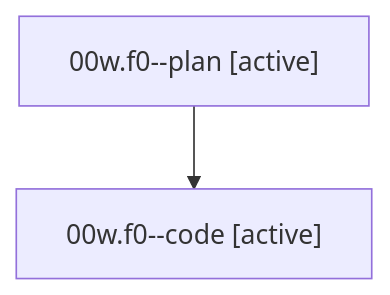
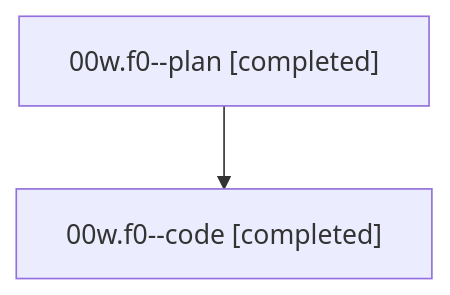
The diagram in families/bbugyi200.athena.00w.f0.md (bobs-org/bob-cli--agents), drawn with Mermaid before and after one commit. The commit also changed other lines of this file and 41 other files, not shown here.

````diff
--- a/families/bbugyi200.athena.00w.f0.md
+++ b/families/bbugyi200.athena.00w.f0.md
@@ -9,6 +9,6 @@
 ```mermaid
 flowchart TD
-  n0["00w.f0--plan [active]"]
-  n1["00w.f0--code [active]"]
+  n0["00w.f0--plan [completed]"]
+  n1["00w.f0--code [completed]"]
   n0 --> n1
 ```
````
